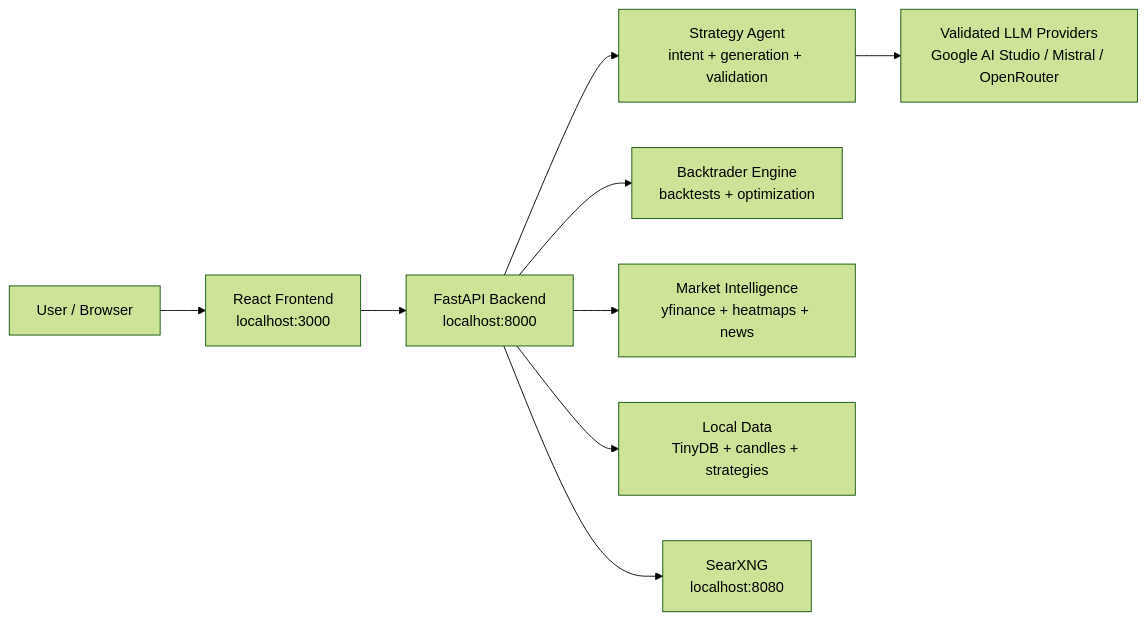
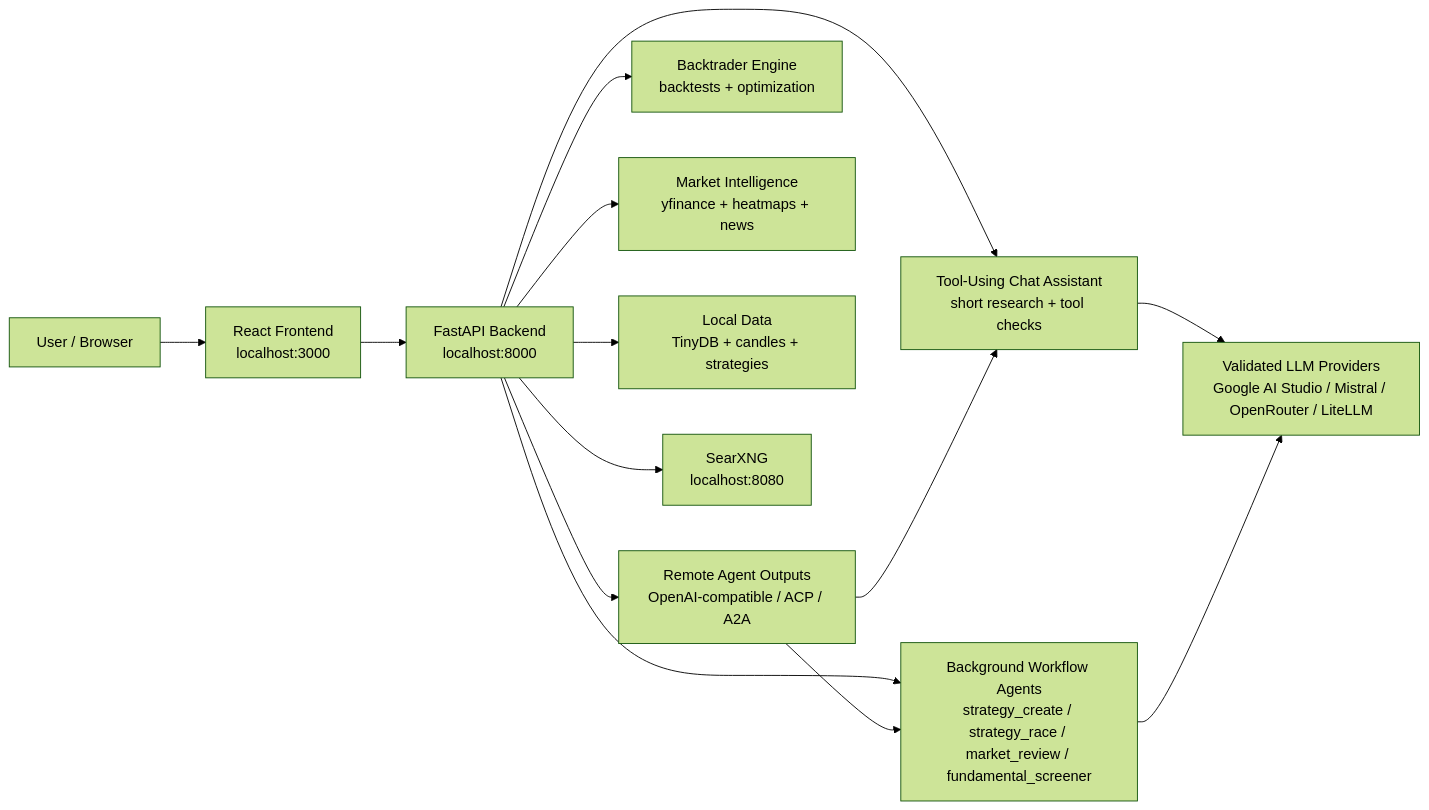
Before and after one commit to mrhustlex/TradingSpy-TradingAgentService: the diagram in README.md, drawn with Mermaid (forest theme). The commit also changed other lines of this file and 9 other files, not shown here.

Commit message:
Improve assistant agents and market mover news

````diff
--- a/README.md
+++ b/README.md
@@ -146,11 +177,16 @@
 ```mermaid
 flowchart LR
     User["User / Browser"] --> Frontend["React Frontend<br/>localhost:3000"]
     Frontend --> Backend["FastAPI Backend<br/>localhost:8000"]
-    Backend --> Agent["Strategy Agent<br/>intent + generation + validation"]
+    Backend --> ChatAgent["Tool-Using Chat Assistant<br/>short research + tool checks"]
+    Backend --> WorkflowAgent["Background Workflow Agents<br/>strategy_create / strategy_race / market_review / fundamental_screener"]
+    Backend --> RemoteAgents["Remote Agent Outputs<br/>OpenAI-compatible / ACP / A2A"]
     Backend --> Backtest["Backtrader Engine<br/>backtests + optimization"]
     Backend --> Market["Market Intelligence<br/>yfinance + heatmaps + news"]
     Backend --> Store["Local Data<br/>TinyDB + candles + strategies"]
     Backend --> Search["SearXNG<br/>localhost:8080"]
-    Agent --> LLM["Validated LLM Providers<br/>Google AI Studio / Mistral / OpenRouter"]
+    ChatAgent --> LLM["Validated LLM Providers<br/>Google AI Studio / Mistral / OpenRouter / LiteLLM"]
+    WorkflowAgent --> LLM
+    RemoteAgents --> ChatAgent
+    RemoteAgents --> WorkflowAgent
 ```
````
